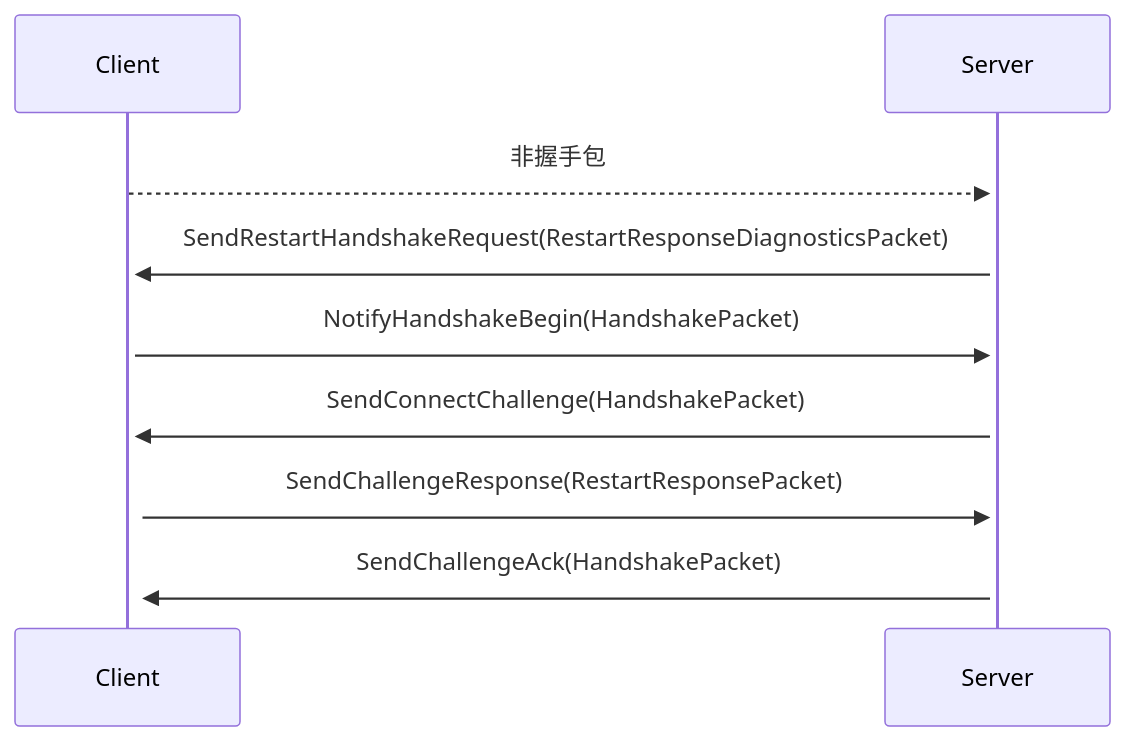
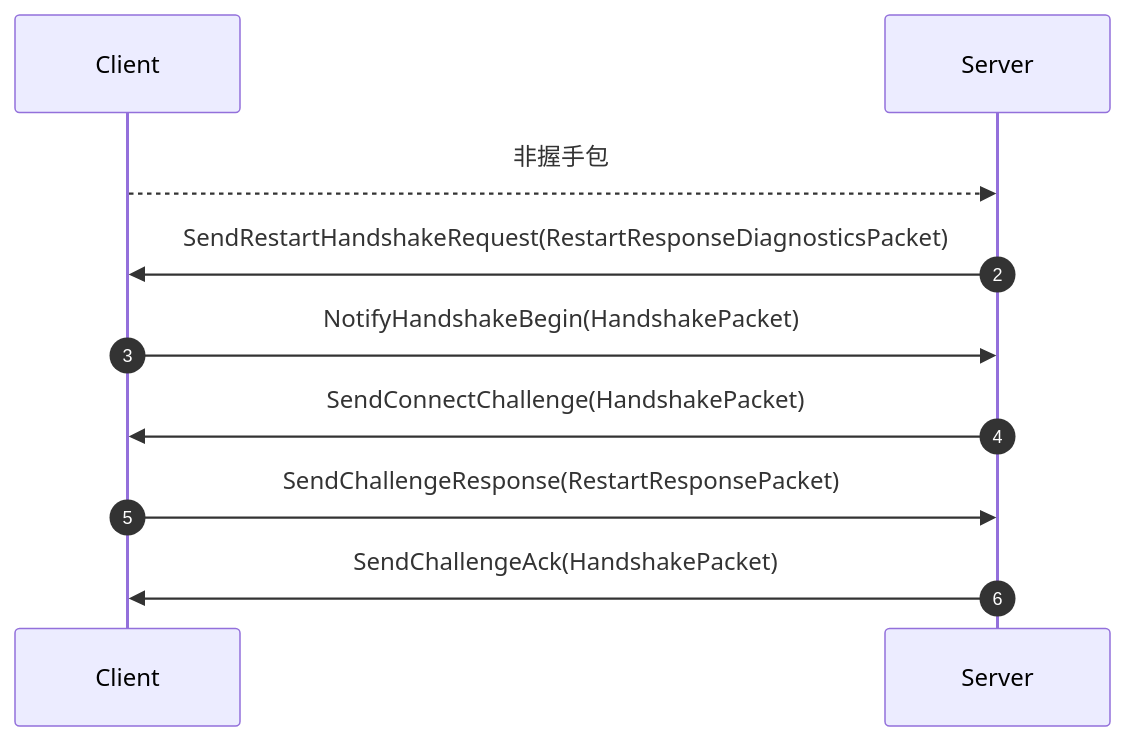
Before and after one commit to dpull/dpull.github.io: the seventh of 8 diagrams in _posts/2022-11-13-utcp_handshake.md, drawn with Mermaid. The commit also changed other lines of this file, not shown here.

````diff
--- a/_posts/2022-11-13-utcp_handshake.md
+++ b/_posts/2022-11-13-utcp_handshake.md
@@ -77,9 +112,10 @@
 ```mermaid
 sequenceDiagram
-    Client-->>+Server: 非握手包
-    Server->>+Client: SendRestartHandshakeRequest(RestartResponseDiagnosticsPacket)
-    Client->>+Server: NotifyHandshakeBegin(HandshakePacket)
-    Server->>+Client: SendConnectChallenge(HandshakePacket)
-    Client->>+Server: SendChallengeResponse(RestartResponsePacket)
-    Server->>+Client: SendChallengeAck(HandshakePacket)
+    Client-->>Server: 非握手包
+    autonumber
+    Server->>Client: SendRestartHandshakeRequest(RestartResponseDiagnosticsPacket)
+    Client->>Server: NotifyHandshakeBegin(HandshakePacket)
+    Server->>Client: SendConnectChallenge(HandshakePacket)
+    Client->>Server: SendChallengeResponse(RestartResponsePacket)
+    Server->>Client: SendChallengeAck(HandshakePacket)
 ```
````
